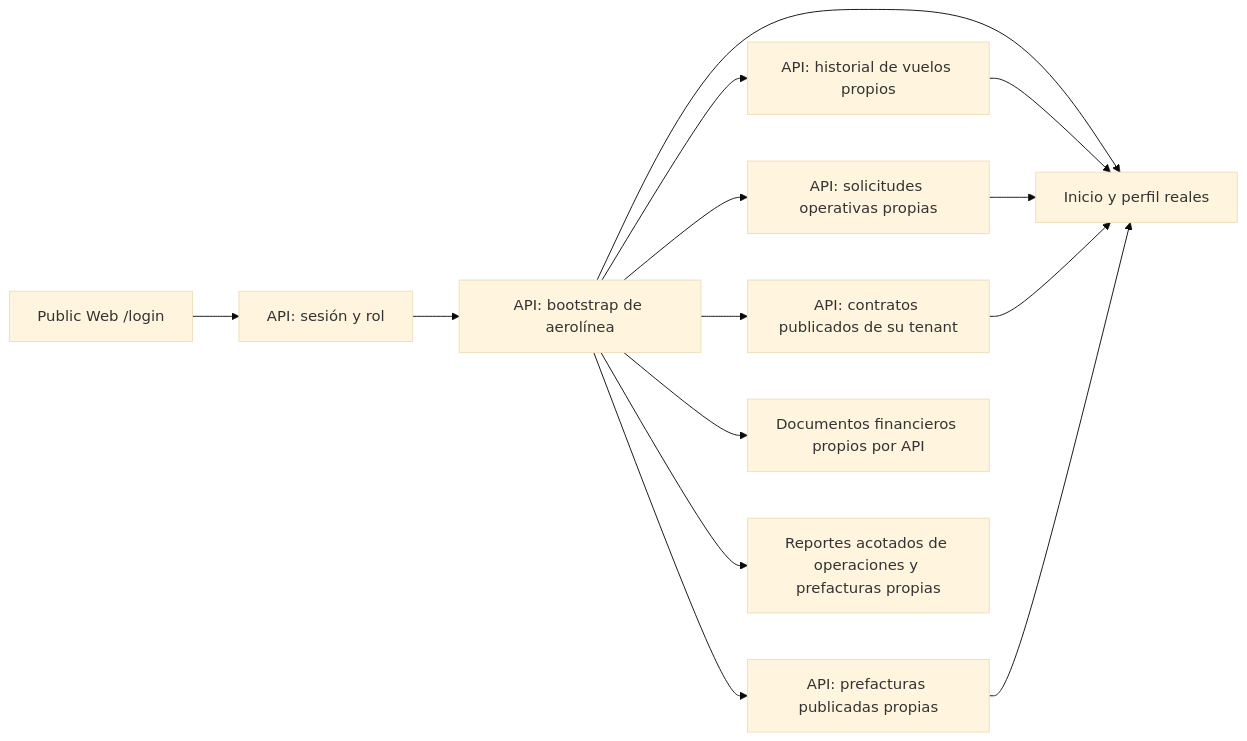
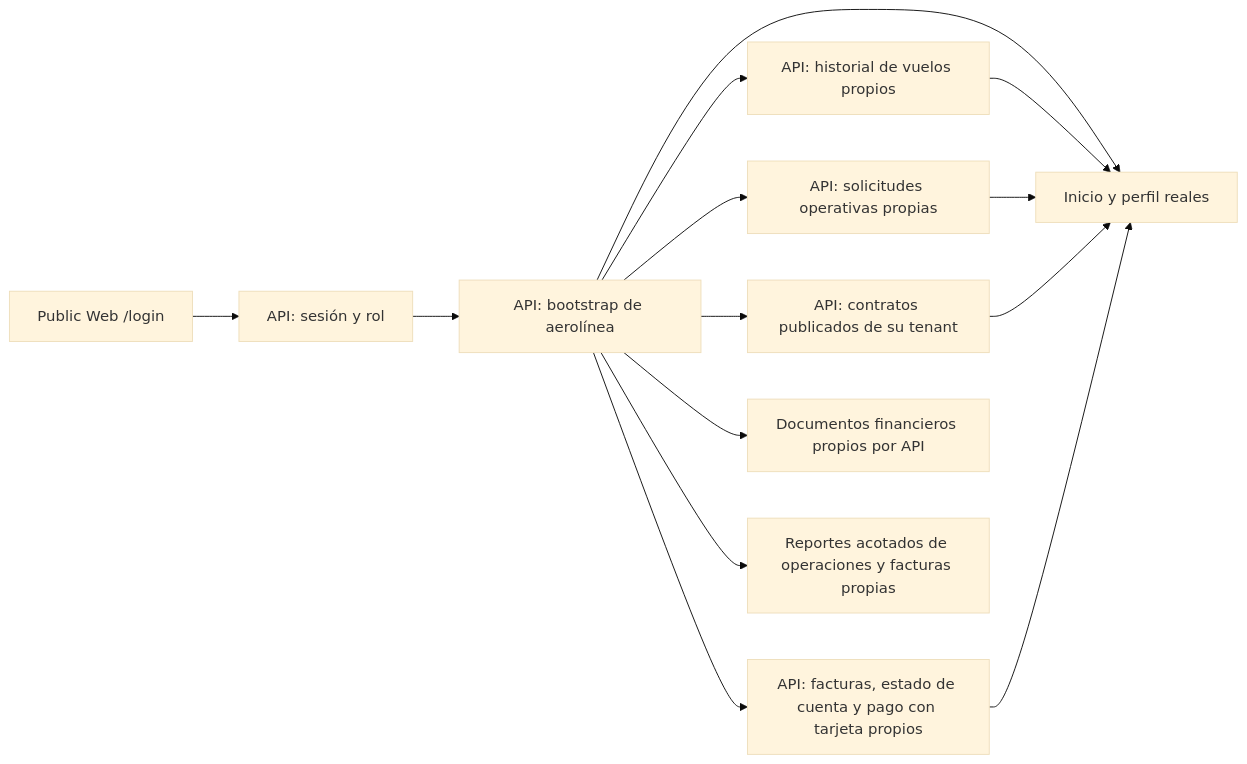
One commit to ErickEduardo027/ELEVANT changed the diagram in Vault/05-aplicaciones/public-web-portal.md. Above: the diagram before and after it, drawn with Mermaid (base theme). The commit also changed other lines of this file and 51 other files, not shown here.

````diff
--- a/Vault/05-aplicaciones/public-web-portal.md
+++ b/Vault/05-aplicaciones/public-web-portal.md
@@ -113,16 +118,16 @@
 ```mermaid
 flowchart LR
     L[Public Web /login] --> A[API: sesión y rol]
     A --> B[API: bootstrap de aerolínea]
     B --> R[Inicio y perfil reales]
     B --> H[API: historial de vuelos propios]
     H --> R
     B --> Q[API: solicitudes operativas propias]
     Q --> R
     B --> C[API: contratos publicados de su tenant]
     C --> R
-    B --> F[API: prefacturas publicadas propias]
+    B --> F[API: facturas, estado de cuenta y pago con tarjeta propios]
     F --> R
     B --> D[Documentos financieros propios por API]
-    B --> P[Reportes acotados de operaciones y prefacturas propias]
+    B --> P[Reportes acotados de operaciones y facturas propias]
 ```
````
